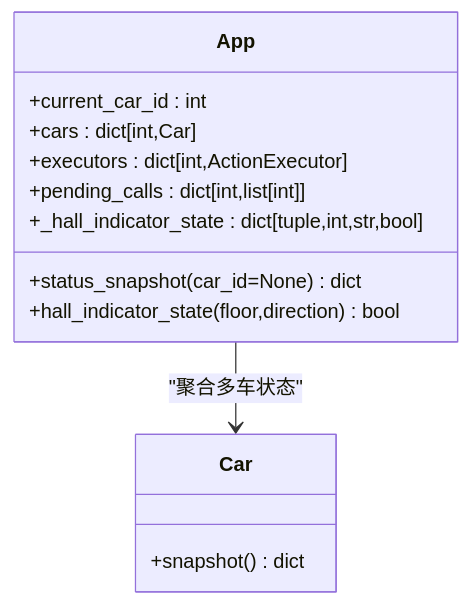
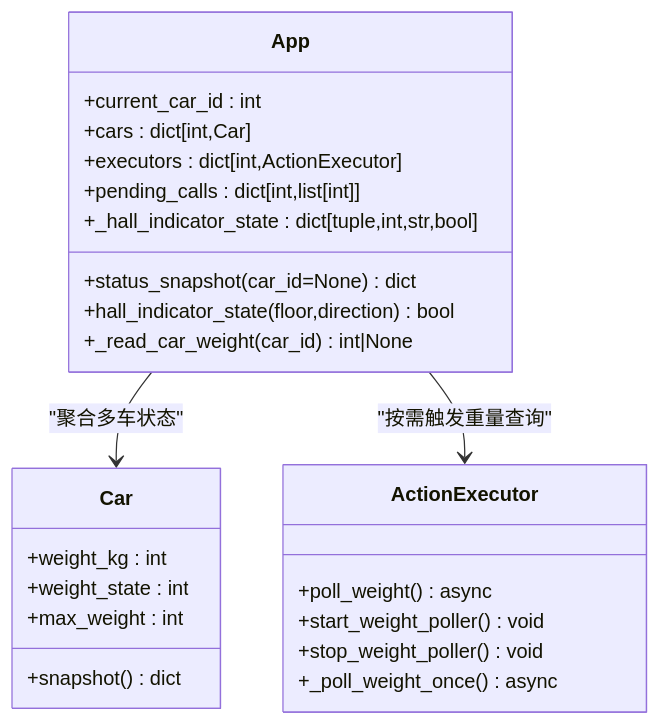
One commit to xmb505/Haku_EET changed the third of 7 diagrams in .qoder/repowiki/zh/content/小脑模块/重量检测系统.md. Above: the diagram before and after it, drawn with Mermaid. The commit also changed other lines of this file and 27 other files, not shown here.

````diff
--- a/.qoder/repowiki/zh/content/小脑模块/重量检测系统.md
+++ b/.qoder/repowiki/zh/content/小脑模块/重量检测系统.md
@@ -143,16 +181,27 @@
 ```mermaid
 classDiagram
 class App {
 +current_car_id : int
 +cars : dict[int,Car]
 +executors : dict[int,ActionExecutor]
 +pending_calls : dict[int,list[int]]
 +_hall_indicator_state : dict[tuple,int,str,bool]
 +status_snapshot(car_id=None) dict
 +hall_indicator_state(floor,direction) bool
++_read_car_weight(car_id) int|None
 }
 class Car {
 +snapshot() dict
++weight_kg : int
++weight_state : int
++max_weight : int
+}
+class ActionExecutor {
++poll_weight() async
++start_weight_poller() void
++stop_weight_poller() void
++_poll_weight_once() async
 }
 App --> Car : "聚合多车状态"
+App --> ActionExecutor : "按需触发重量查询"
 ```
````
